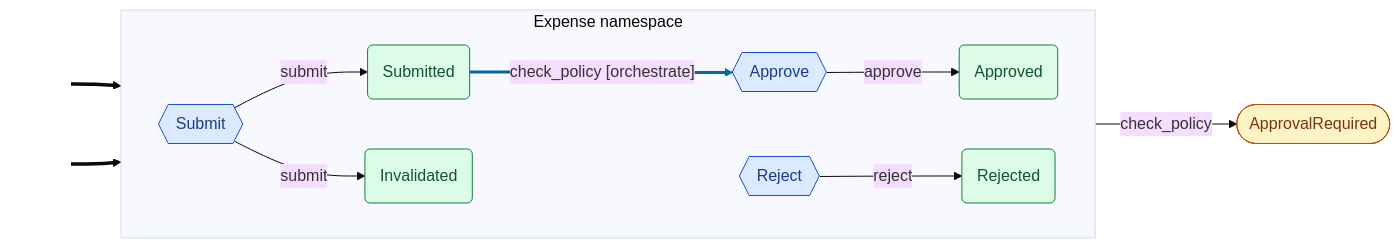
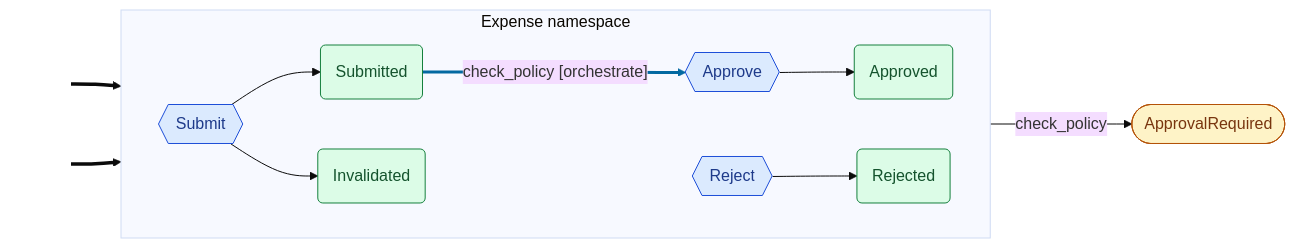
Before and after one commit to cadance-io/langgraph-events: the second of 2 diagrams in examples/expense_approval.graph.md, drawn with Mermaid (base theme). The commit also changed other lines of this file and 17 other files, not shown here.

````diff
--- a/examples/expense_approval.graph.md
+++ b/examples/expense_approval.graph.md
@@ -48,30 +48,30 @@
 ```mermaid
 graph LR
     classDef entry fill:none,stroke:none,color:none
     classDef cmd fill:#dbeafe,stroke:#1d4ed8,color:#1e3a8a
     classDef devt fill:#dcfce7,stroke:#15803d,color:#14532d
     classDef intg fill:#ede9fe,stroke:#6d28d9,color:#4c1d95
     classDef syst fill:#fef3c7,stroke:#b45309,color:#78350f
     classDef halt fill:#fef3c7,stroke:#b45309,color:#78350f,stroke-width:3px,stroke-dasharray:4 2
     classDef inv fill:#ffedd5,stroke:#c2410c,color:#7c2d12
     subgraph Expense["Expense namespace"]
         direction LR
         Approve{{Approve}}:::cmd
         Approved(Approved):::devt
         Invalidated(Invalidated):::devt
         Reject{{Reject}}:::cmd
         Rejected(Rejected):::devt
         Submit{{Submit}}:::cmd
         Submitted(Submitted):::devt
     end
     ApprovalRequired([ApprovalRequired]):::syst
     _e0_[ ]:::entry ==> Reject
     _e1_[ ]:::entry ==> Submit
-    Submit -->|submit| Submitted
-    Submit -->|submit| Invalidated
-    Approve -->|approve| Approved
-    Reject -->|reject| Rejected
+    Submit --> Submitted
+    Submit --> Invalidated
+    Approve --> Approved
+    Reject --> Rejected
     Submitted -->|"check_policy [orchestrate]"| Approve
     Submitted -->|check_policy| ApprovalRequired
     linkStyle 6 stroke:#0369a1,stroke-width:3px
 ```
````
